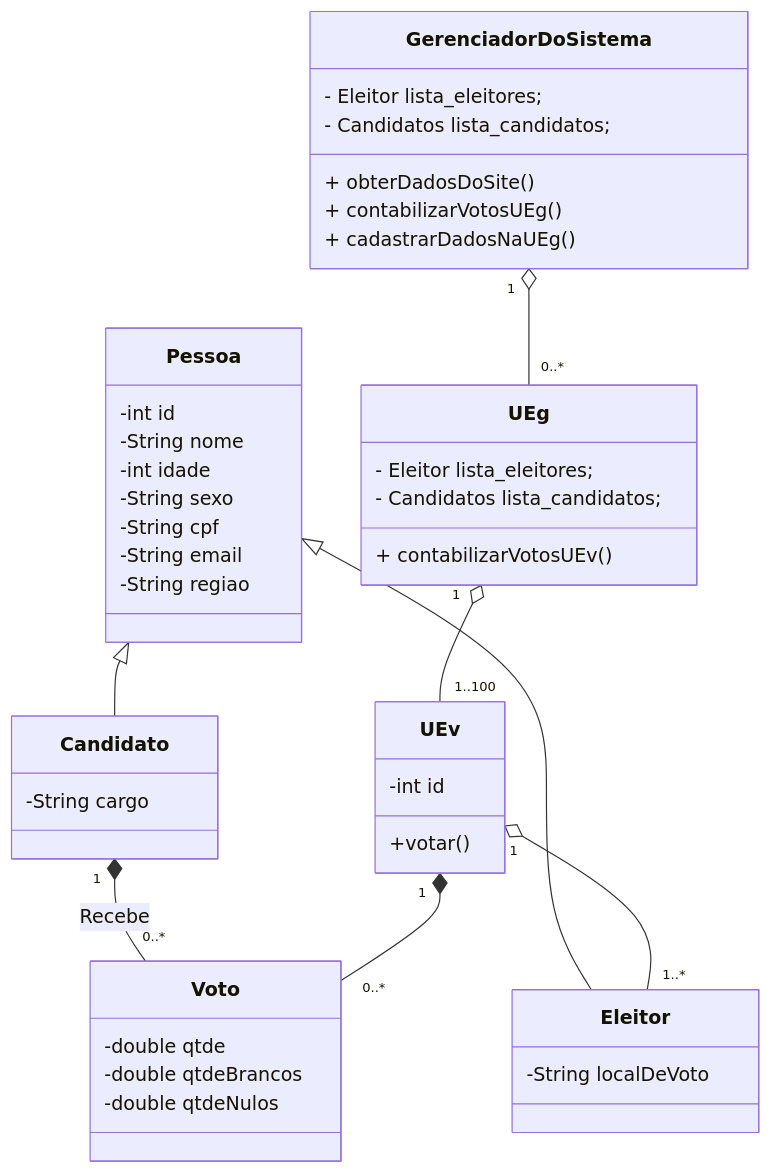
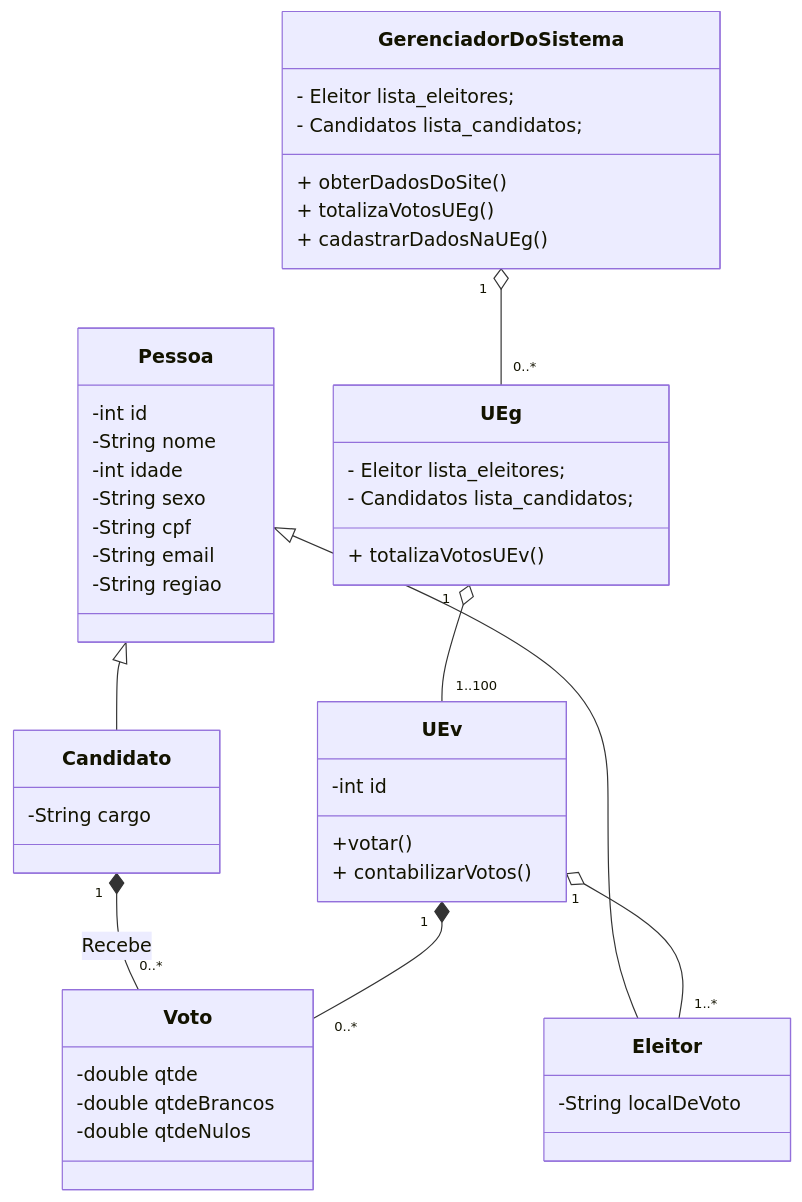
One commit to HenriqueFinatti/Modelagem-De-Software-Orientado-a-Objetos changed the diagram in Lab2-Diagrama_De_Classes/Diagrama_De_Classes2.md. Above: the diagram before and after it, drawn with Mermaid.

````diff
--- a/Lab2-Diagrama_De_Classes/Diagrama_De_Classes2.md
+++ b/Lab2-Diagrama_De_Classes/Diagrama_De_Classes2.md
@@ -3,52 +3,53 @@
 ```mermaid
 classDiagram
 Pessoa <|-- Eleitor
 Pessoa <|-- Candidato
 Pessoa: -int id
 Pessoa: -String nome
 Pessoa: -int idade
 Pessoa: -String sexo
 Pessoa: -String cpf
 Pessoa: -String email
 Pessoa: -String regiao
 
 Eleitor: -String localDeVoto
 
 class Candidato{
   -String cargo
 }
 
 class UEg{
     - Eleitor lista_eleitores;
     - Candidatos lista_candidatos;
-    + contabilizarVotosUEv()
+    + totalizaVotosUEv()
 }
 
 class UEv{
   -int id
   +votar()
+  + contabilizarVotos()
 }
 
 class GerenciadorDoSistema{
     - Eleitor lista_eleitores;
     - Candidatos lista_candidatos;
     + obterDadosDoSite()
-    + contabilizarVotosUEg()
+    + totalizaVotosUEg()
     + cadastrarDadosNaUEg()
 }
 
 class Voto{
   -double qtde
   -double qtdeBrancos
   -double qtdeNulos
 }
 
 GerenciadorDoSistema "1" o-- "0..*" UEg
 Candidato "1" *-- "0..*" Voto : Recebe
 UEg "1" o-- "1..100" UEv
 UEv "1" *-- "0..*" Voto
 UEv "1" o-- "1..*" Eleitor
 
 
 
 ```
````
